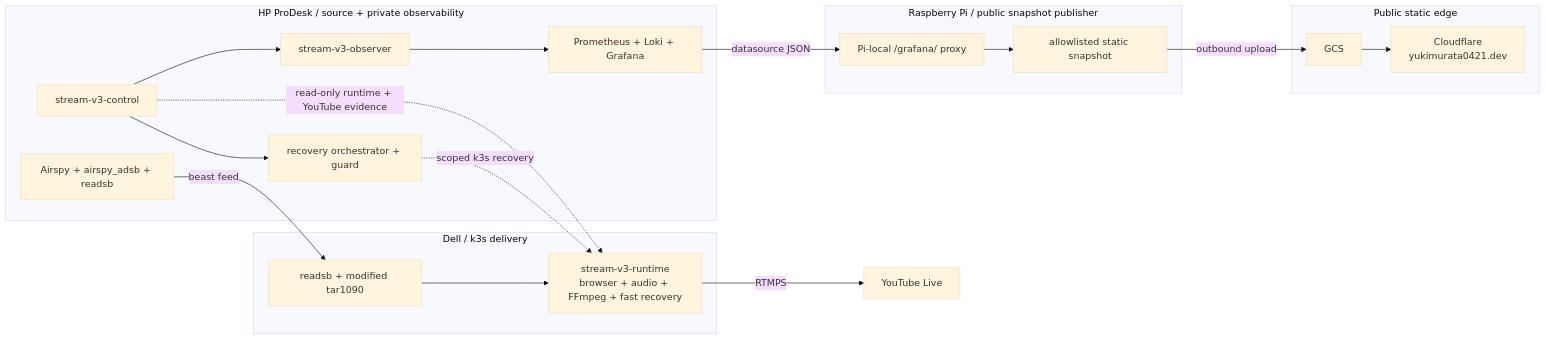
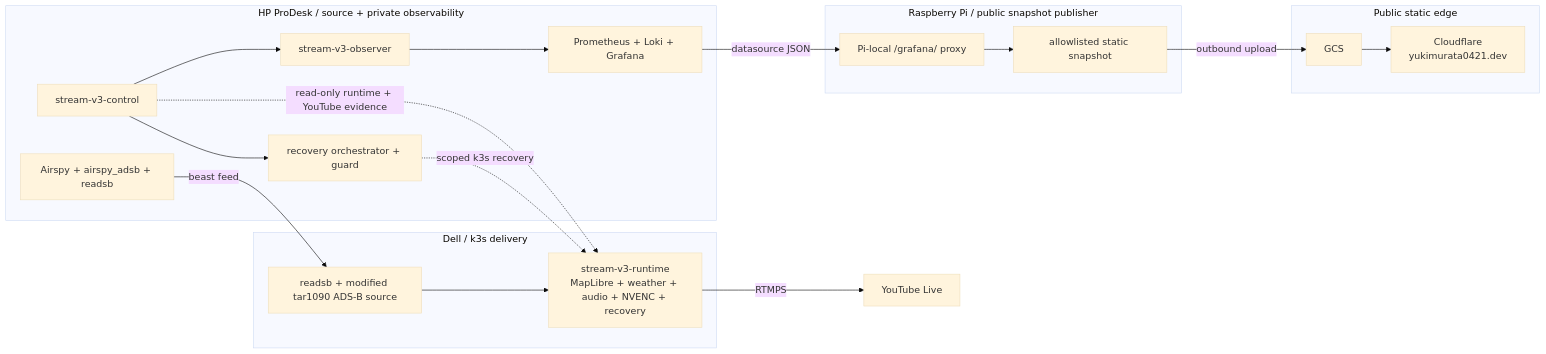
One commit to yukimurata0421/live-stream-systems-case-study changed the diagram in README.md. Above: the diagram before and after it, drawn with Mermaid (base theme). The commit also changed other lines of this file and 107 other files, not shown here.

````diff
--- a/README.md
+++ b/README.md
@@ -72,39 +73,39 @@
 ```mermaid
 flowchart LR
     subgraph PD["HP ProDesk / source + private observability"]
         AIR["Airspy + airspy_adsb + readsb"]
         MON["stream-v3-control"]
         EXP["stream-v3-observer"]
         GRAF["Prometheus + Loki + Grafana"]
         GUARD["recovery orchestrator + guard"]
         MON --> EXP --> GRAF
         MON --> GUARD
     end
 
     subgraph DELL["Dell / k3s delivery"]
-        RS["readsb + modified tar1090"]
-        RUN["stream-v3-runtime<br/>browser + audio + FFmpeg + fast recovery"]
+        RS["readsb + modified tar1090 ADS-B source"]
+        RUN["stream-v3-runtime<br/>MapLibre + weather + audio + NVENC + recovery"]
         RS --> RUN
     end
 
     subgraph PI["Raspberry Pi / public snapshot publisher"]
         PROXY["Pi-local /grafana/ proxy"]
         BUILD["allowlisted static snapshot"]
         PROXY --> BUILD
     end
 
     subgraph EDGE["Public static edge"]
         GCS["GCS"]
         CF["Cloudflare<br/>yukimurata0421.dev"]
         GCS --> CF
     end
 
     YT["YouTube Live"]
 
     AIR -->|"beast feed"| RS
     RUN -->|"RTMPS"| YT
     MON -. "read-only runtime + YouTube evidence" .-> RUN
     GUARD -. "scoped k3s recovery" .-> RUN
     GRAF -->|"datasource JSON"| PROXY
     BUILD -->|"outbound upload"| GCS
 ```
````
